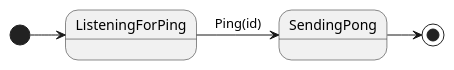
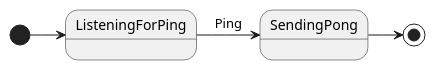
One commit to peterpaul/kafka-ping-stm changed the third of 4 diagrams in README.org. Above: the diagram before and after it, drawn with PlantUML. The commit also changed other lines of this file and 10 other files, not shown here.

First line of the commit message:
Extract Ping and Pong messages and share between Client and Server

```diff
--- a/README.org
+++ b/README.org
@@ -85,5 +103,5 @@
 #+begin_src plantuml :file pong.svg
   [*] -> ListeningForPing
-  ListeningForPing -> SendingPong: Ping(id)
+  ListeningForPing -> SendingPong: Ping
   SendingPong -> [*]
 #+end_src
```
